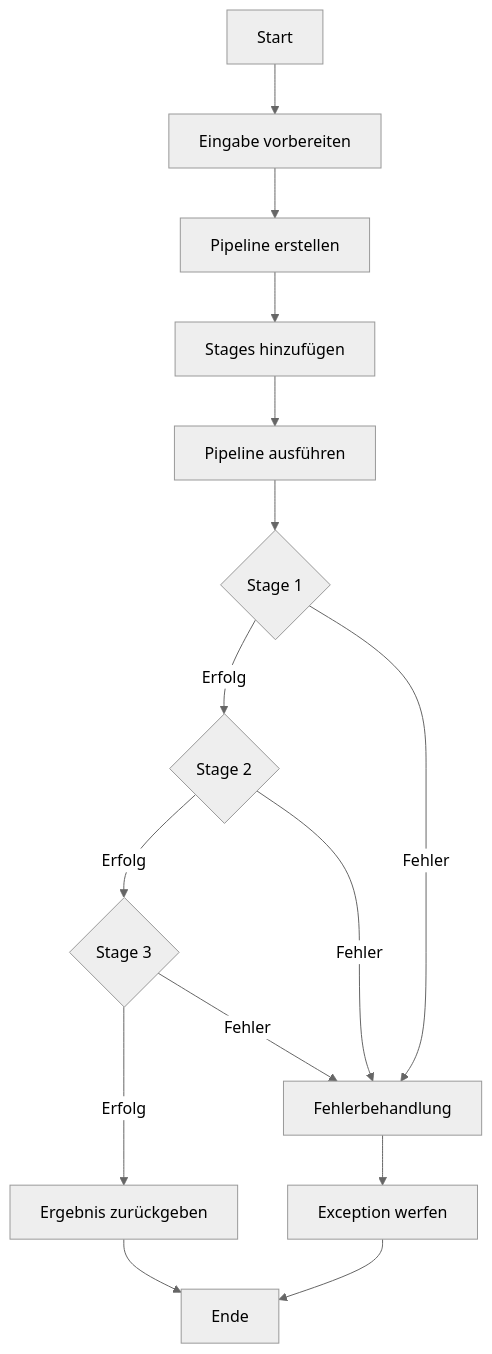
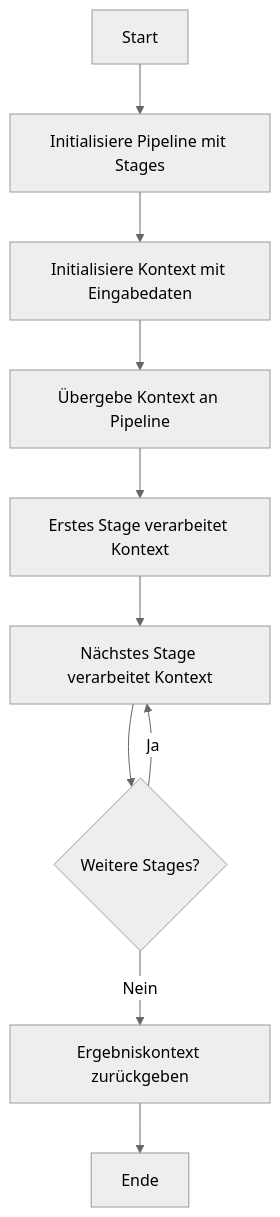
The tenth of 11 diagrams in Pipeline/docs/README.md (scimbe/VS_Pattern_By_KI), drawn with Mermaid (neutral theme) before and after one commit. The commit also changed other lines of this file and 19 other files, not shown here.

````diff
--- a/Pipeline/docs/README.md
+++ b/Pipeline/docs/README.md
@@ -353,21 +291,12 @@
 ```mermaid
 flowchart TD
-    A[Start] --> B[Eingabe vorbereiten]
-    B --> C[Pipeline erstellen]
-    C --> D[Stages hinzufügen]
-    D --> E[Pipeline ausführen]
-    
-    E --> F{Stage 1}
-    F --> |Erfolg| G{Stage 2}
-    F --> |Fehler| K[Fehlerbehandlung]
-    
-    G --> |Erfolg| H{Stage 3}
-    G --> |Fehler| K
-    
-    H --> |Erfolg| I[Ergebnis zurückgeben]
-    H --> |Fehler| K
-    
-    I --> J[Ende]
-    K --> L[Exception werfen]
-    L --> J
+    A[Start] --> B[Initialisiere Pipeline mit Stages]
+    B --> C[Initialisiere Kontext mit Eingabedaten]
+    C --> D[Übergebe Kontext an Pipeline]
+    D --> E[Erstes Stage verarbeitet Kontext]
+    E --> F[Nächstes Stage verarbeitet Kontext]
+    F --> G{Weitere Stages?}
+    G -->|Ja| F
+    G -->|Nein| H[Ergebniskontext zurückgeben]
+    H --> I[Ende]
 ```
````
